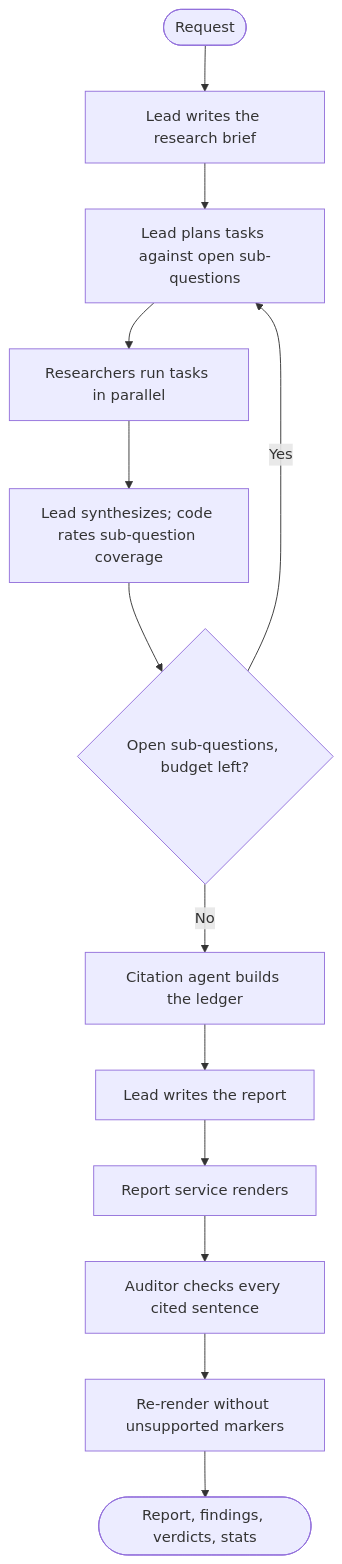
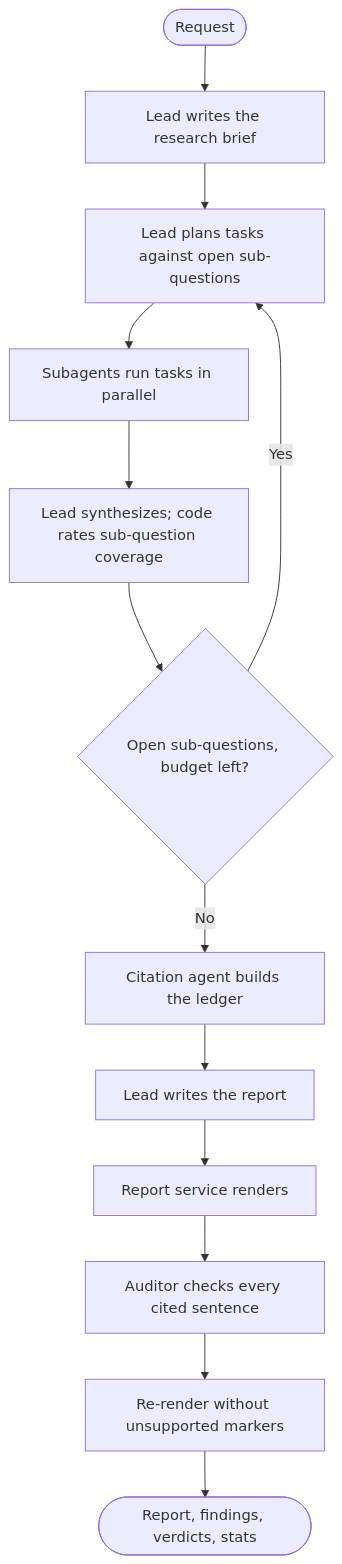
One commit to jolovicdev/shandu changed the second of 3 diagrams in ARCH.md. Above: the diagram before and after it, drawn with Mermaid. The commit also changed other lines of this file and 1 other file, not shown here.

First line of the commit message:
Describe subagents, provider stops, and the research budget in the docs

````diff
--- a/ARCH.md
+++ b/ARCH.md
@@ -35,15 +35,15 @@
 ```mermaid
 flowchart TD
     start([Request]) --> brief[Lead writes the research brief]
     brief --> plan[Lead plans tasks against open sub-questions]
-    plan --> tasks[Researchers run tasks in parallel]
+    plan --> tasks[Subagents run tasks in parallel]
     tasks --> synth[Lead synthesizes; code rates sub-question coverage]
     synth --> decision{Open sub-questions, budget left?}
     decision -->|Yes| plan
     decision -->|No| ledger[Citation agent builds the ledger]
     ledger --> write[Lead writes the report]
     write --> render[Report service renders]
     render --> check[Auditor checks every cited sentence]
     check --> rerender[Re-render without unsupported markers]
     rerender --> done([Report, findings, verdicts, stats])
 ```
````
